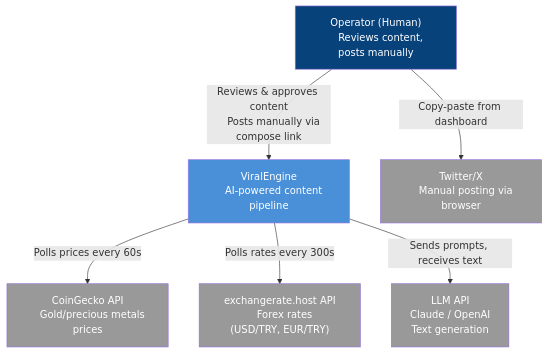
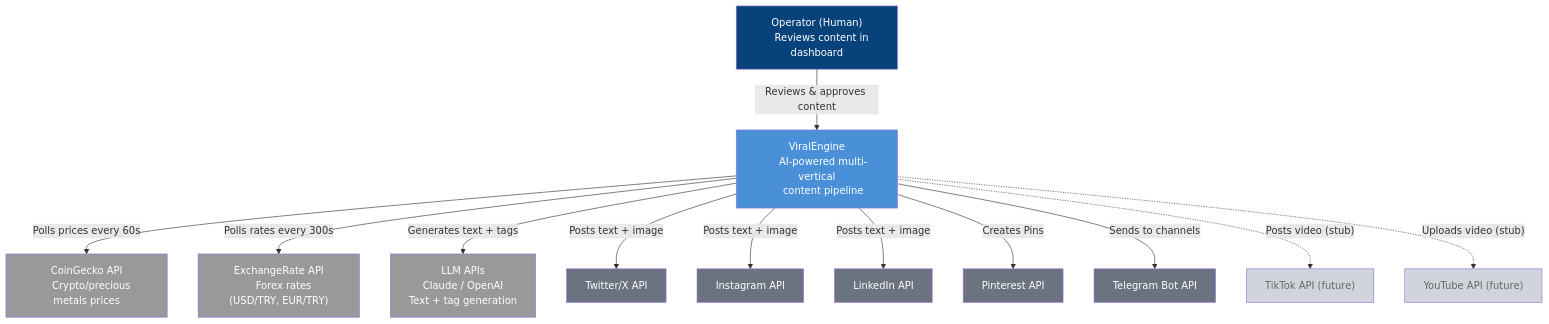
The diagram in docs/architecture/c4/c1-system-context.md (uakdemir/viral-pump), drawn with Mermaid before and after one commit. The commit also changed 34 other files, not shown here.

First line of the commit message:
feat: Multi-Platform Posting (Sub-project #4)

````diff
--- a/docs/architecture/c4/c1-system-context.md
+++ b/docs/architecture/c4/c1-system-context.md
@@ -3,35 +3,52 @@
 ```mermaid
 graph TB
     User["Operator (Human)
-    Reviews content, posts manually"]
+    Reviews content in dashboard"]
 
     VE["ViralEngine
-    AI-powered content pipeline"]
+    AI-powered multi-vertical
+    content pipeline"]
 
     CG["CoinGecko API
-    Gold/precious metals prices"]
+    Crypto/precious metals prices"]
 
-    ER["exchangerate.host API
+    ER["ExchangeRate API
     Forex rates (USD/TRY, EUR/TRY)"]
 
-    LLM["LLM API
+    LLM["LLM APIs
     Claude / OpenAI
-    Text generation"]
+    Text + tag generation"]
 
-    TW["Twitter/X
-    Manual posting via browser"]
+    TW["Twitter/X API"]
+    IG["Instagram API"]
+    LI["LinkedIn API"]
+    PI["Pinterest API"]
+    TG["Telegram Bot API"]
+    TT["TikTok API (future)"]
+    YT["YouTube API (future)"]
 
-    User -->|"Reviews & approves content
-    Posts manually via compose link"| VE
+    User -->|"Reviews & approves content"| VE
     VE -->|"Polls prices every 60s"| CG
     VE -->|"Polls rates every 300s"| ER
-    VE -->|"Sends prompts, receives text"| LLM
-    User -->|"Copy-paste from dashboard"| TW
+    VE -->|"Generates text + tags"| LLM
+    VE -->|"Posts text + image"| TW
+    VE -->|"Posts text + image"| IG
+    VE -->|"Posts text + image"| LI
+    VE -->|"Creates Pins"| PI
+    VE -->|"Sends to channels"| TG
+    VE -.->|"Posts video (stub)"| TT
+    VE -.->|"Uploads video (stub)"| YT
 
     style VE fill:#4a90d9,color:#fff
     style User fill:#08427b,color:#fff
     style CG fill:#999,color:#fff
     style ER fill:#999,color:#fff
     style LLM fill:#999,color:#fff
-    style TW fill:#999,color:#fff
+    style TW fill:#6b7280,color:#fff
+    style IG fill:#6b7280,color:#fff
+    style LI fill:#6b7280,color:#fff
+    style PI fill:#6b7280,color:#fff
+    style TG fill:#6b7280,color:#fff
+    style TT fill:#d1d5db,color:#666
+    style YT fill:#d1d5db,color:#666
 ```
````
